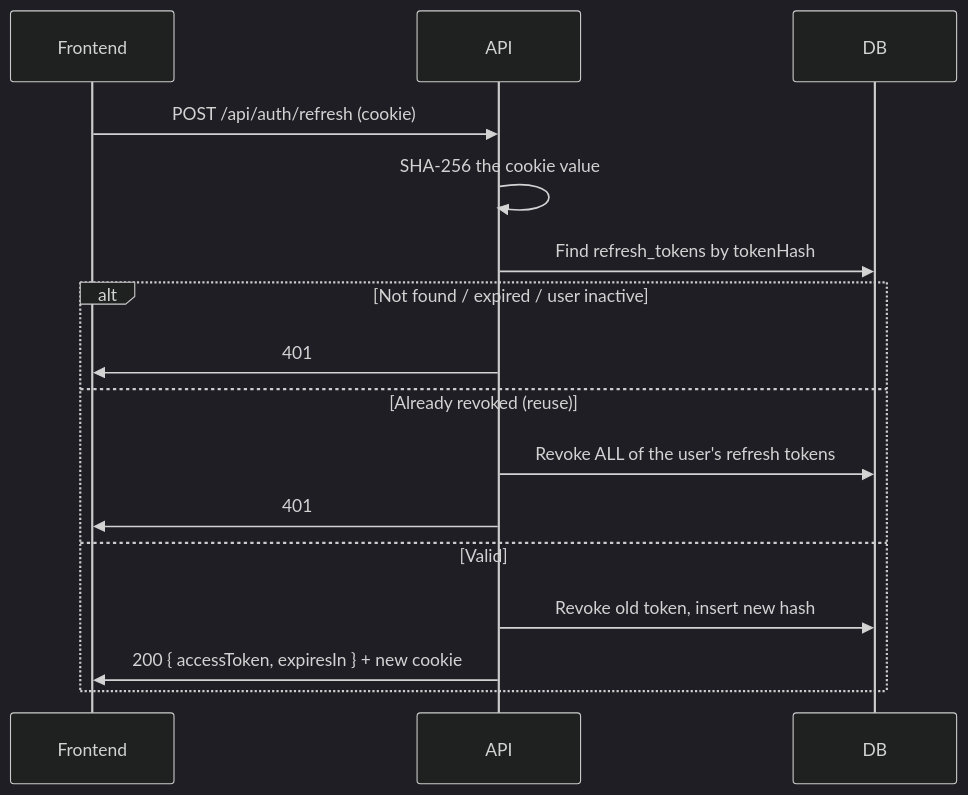
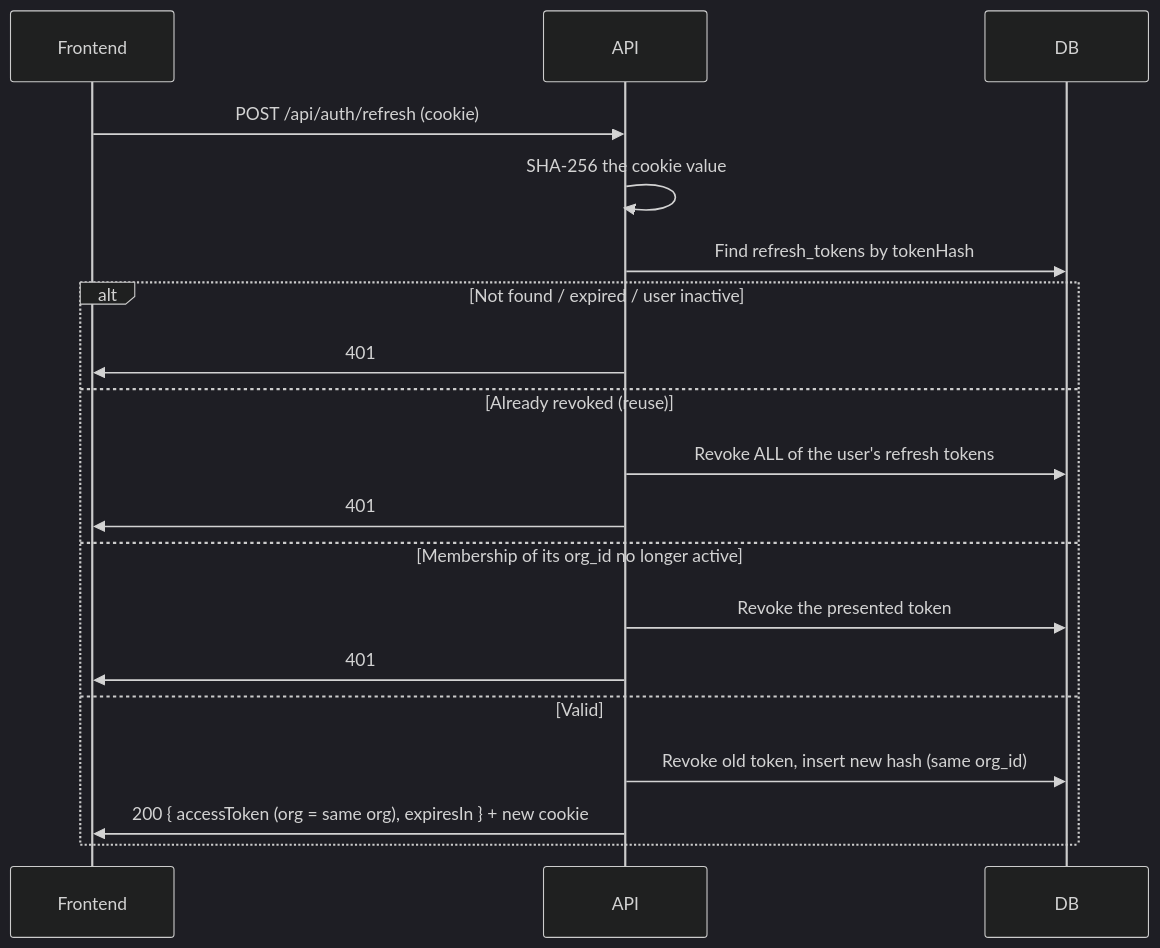
Before and after one commit to marinoscar/EnterpriseAppBase: the second of 5 diagrams in docs/SECURITY-ARCHITECTURE.md, drawn with Mermaid (dark theme). The commit also changed other lines of this file and 7 other files, not shown here.

First line of the commit message:
docs(docs): document the active org, switch-org and org-bound credentials

````diff
--- a/docs/SECURITY-ARCHITECTURE.md
+++ b/docs/SECURITY-ARCHITECTURE.md
@@ -415,19 +473,22 @@
 ```mermaid
 sequenceDiagram
     participant Frontend
     participant API
     participant DB
 
     Frontend->>API: POST /api/auth/refresh (cookie)
     API->>API: SHA-256 the cookie value
     API->>DB: Find refresh_tokens by tokenHash
     alt Not found / expired / user inactive
         API->>Frontend: 401
     else Already revoked (reuse)
         API->>DB: Revoke ALL of the user's refresh tokens
         API->>Frontend: 401
+    else Membership of its org_id no longer active
+        API->>DB: Revoke the presented token
+        API->>Frontend: 401
     else Valid
-        API->>DB: Revoke old token, insert new hash
-        API->>Frontend: 200 { accessToken, expiresIn } + new cookie
+        API->>DB: Revoke old token, insert new hash (same org_id)
+        API->>Frontend: 200 { accessToken (org = same org), expiresIn } + new cookie
     end
 ```
````
